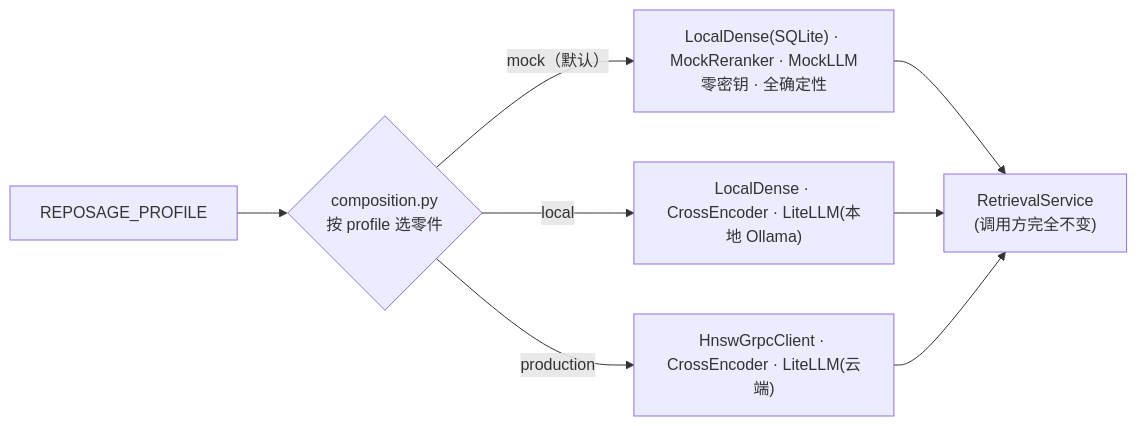
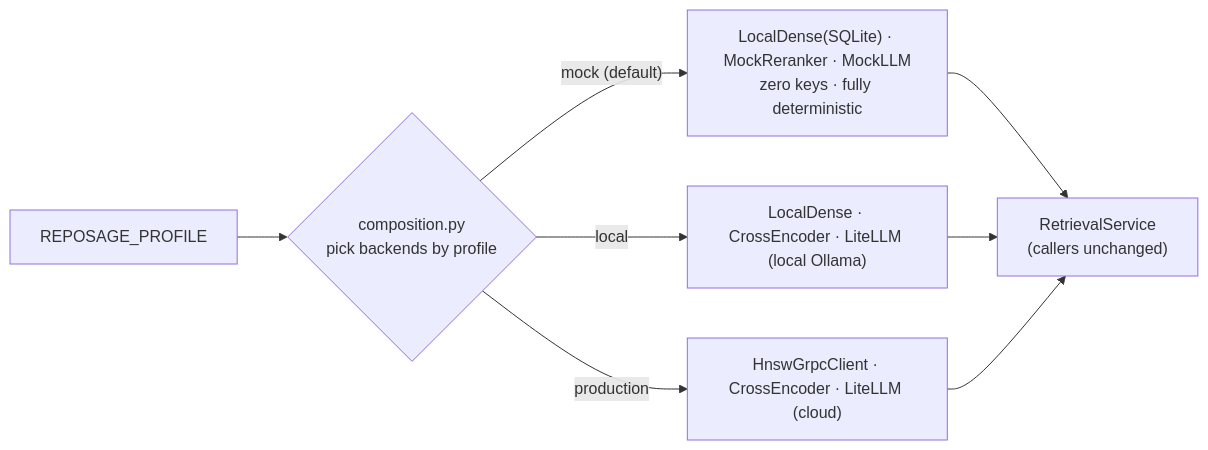
The tenth of 11 diagrams in README.md (AndyUneducated/repo-sage), drawn with Mermaid before and after one commit. The commit also changed other lines of this file and 14 other files, not shown here.

````diff
--- a/README.md
+++ b/README.md
@@ -283,8 +283,8 @@
 ```mermaid
 flowchart LR
-  Env["REPOSAGE_PROFILE"] --> Comp{"composition.py<br/>按 profile 选零件"}
-  Comp -->|"mock（默认）"| M["LocalDense(SQLite) · MockReranker · MockLLM<br/>零密钥 · 全确定性"]
-  Comp -->|"local"| L["LocalDense · CrossEncoder · LiteLLM(本地 Ollama)"]
-  Comp -->|"production"| P["HnswGrpcClient · CrossEncoder · LiteLLM(云端)"]
-  M & L & P --> RS["RetrievalService<br/>(调用方完全不变)"]
+  Env["REPOSAGE_PROFILE"] --> Comp{"composition.py<br/>pick backends by profile"}
+  Comp -->|"mock (default)"| M["LocalDense(SQLite) · MockReranker · MockLLM<br/>zero keys · fully deterministic"]
+  Comp -->|"local"| L["LocalDense · CrossEncoder · LiteLLM (local Ollama)"]
+  Comp -->|"production"| P["HnswGrpcClient · CrossEncoder · LiteLLM (cloud)"]
+  M & L & P --> RS["RetrievalService<br/>(callers unchanged)"]
 ```
````
